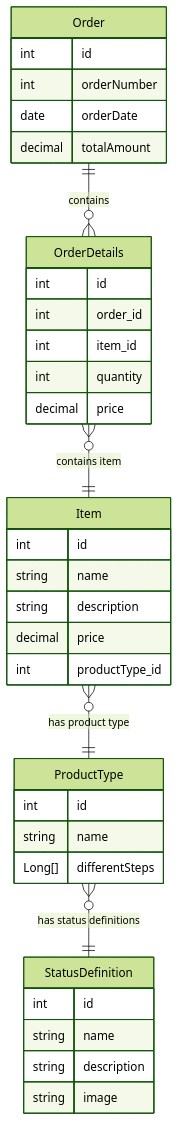
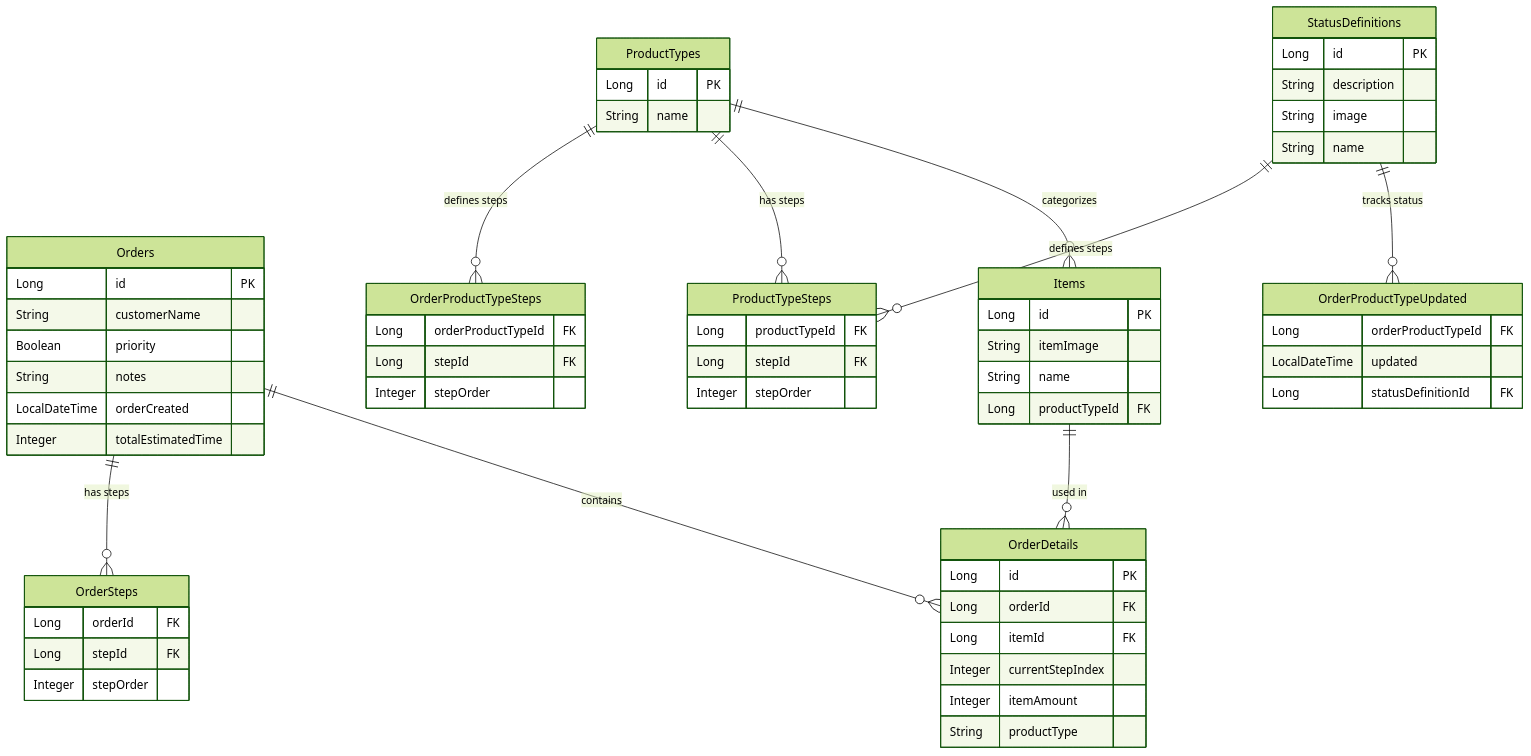
Before and after one commit to AugustGrane/Order-Status-Tracker: the diagram in database-schema.mmd, drawn with Mermaid (forest theme).

```diff
--- a/database-schema.mmd
+++ b/database-schema.mmd
@@ -1,41 +1,70 @@
 erDiagram
-    Order ||--o{ OrderDetails : contains
-    OrderDetails }o--|| Item : "contains item"
-    Item }o--|| ProductType : "has product type"
-    ProductType }o--|| StatusDefinition : "has status definitions"
+    Orders {
+        Long id PK
+        String customerName
+        Boolean priority
+        String notes
+        LocalDateTime orderCreated
+        Integer totalEstimatedTime
+    }
 
-    Order {
-        int id
-        int orderNumber
-        date orderDate
-        decimal totalAmount
+    Items {
+        Long id PK
+        String itemImage
+        String name
+        Long productTypeId FK
+    }
+
+    ProductTypes {
+        Long id PK
+        String name
     }
 
     OrderDetails {
-        int id
-        int order_id
-        int item_id
-        int quantity
-        decimal price
+        Long id PK
+        Long orderId FK
+        Long itemId FK
+        Integer currentStepIndex
+        Integer itemAmount
+        String productType
     }
 
-    Item {
-        int id
-        string name
-        string description
-        decimal price
-        int productType_id
+    StatusDefinitions {
+        Long id PK
+        String description
+        String image
+        String name
     }
 
-    ProductType {
-        int id
-        string name
-        Long[] differentSteps
+    OrderProductTypeSteps {
+        Long orderProductTypeId FK
+        Long stepId FK
+        Integer stepOrder
     }
 
-    StatusDefinition {
-        int id
-        string name
-        string description
-        string image
+    OrderProductTypeUpdated {
+        Long orderProductTypeId FK
+        LocalDateTime updated
+        Long statusDefinitionId FK
     }
+
+    OrderSteps {
+        Long orderId FK
+        Long stepId FK
+        Integer stepOrder
+    }
+
+    ProductTypeSteps {
+        Long productTypeId FK
+        Long stepId FK
+        Integer stepOrder
+    }
+
+    Orders ||--o{ OrderDetails : "contains"
+    Items ||--o{ OrderDetails : "used in"
+    ProductTypes ||--o{ Items : "categorizes"
+    ProductTypes ||--o{ ProductTypeSteps : "has steps"
+    StatusDefinitions ||--o{ OrderProductTypeUpdated : "tracks status"
+    Orders ||--o{ OrderSteps : "has steps"
+    ProductTypes ||--o{ OrderProductTypeSteps : "defines steps"
+    StatusDefinitions ||--o{ ProductTypeSteps : "defines steps"
```
